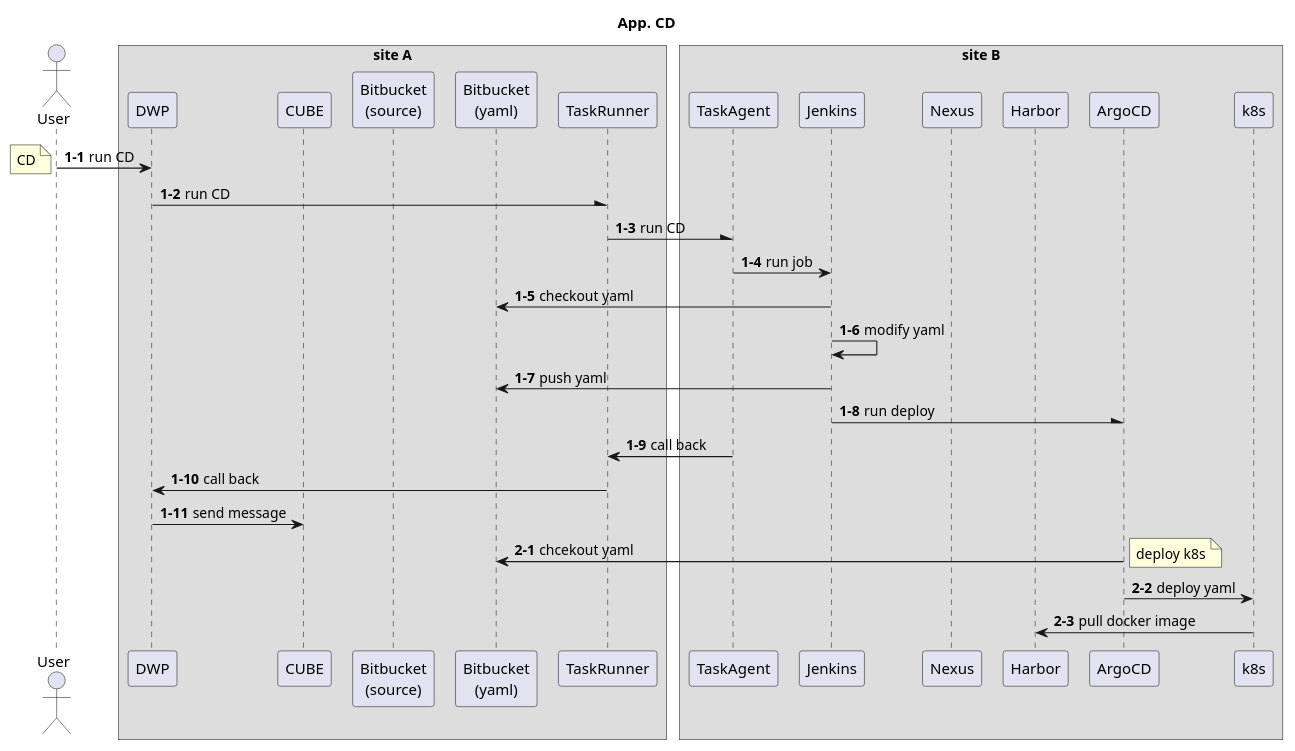
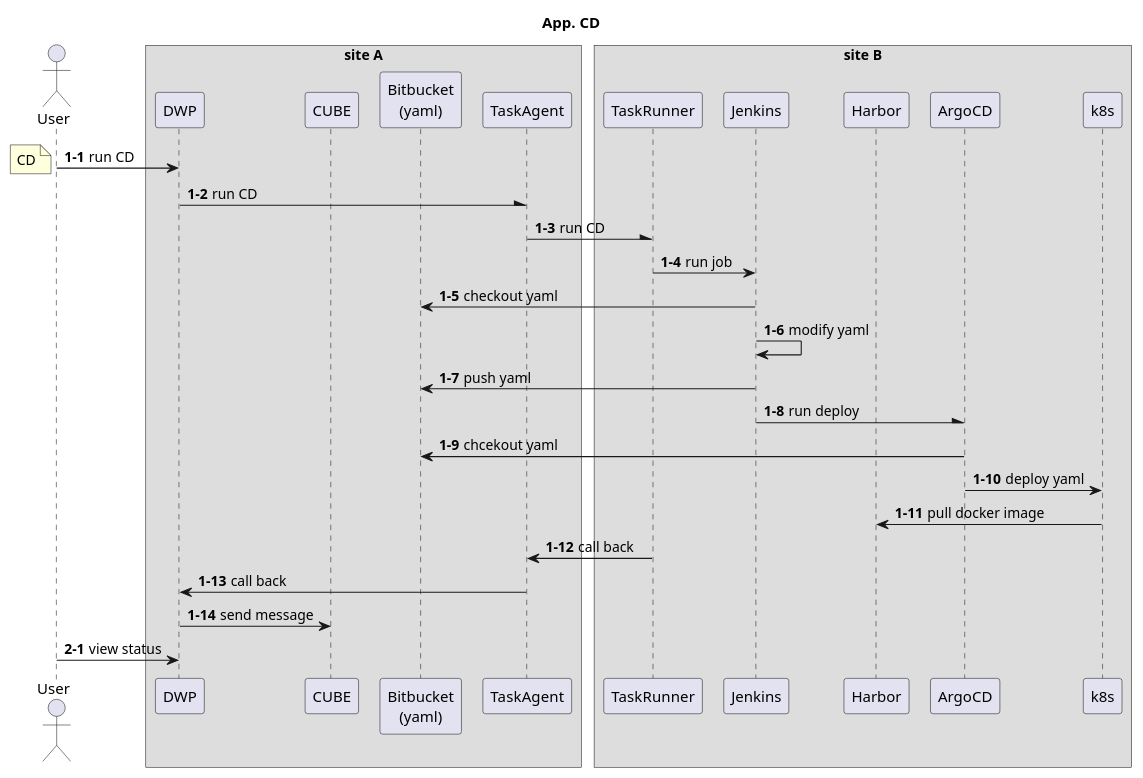
The seventh of 7 diagrams in docs/src/multi-cloud/diagram.md (kloudbank/htdp1.github.io), drawn with PlantUML before and after one commit. The commit also changed other lines of this file, not shown here.

```diff
--- a/docs/src/multi-cloud/diagram.md
+++ b/docs/src/multi-cloud/diagram.md
@@ -203,45 +208,43 @@
 @startuml
 
 scale 1
 skinparam ParticipantPadding 5
 skinparam BoxPadding 5
 title "App. CD"
 
 actor User
 box "site A"
 participant DWP
 participant CUBE
-participant "Bitbucket\n(source)" as source
 participant "Bitbucket\n(yaml)" as yaml
-participant TaskRunner
+participant TaskAgent
 end box
 box "site B"
-participant TaskAgent
+participant TaskRunner
 participant Jenkins
-participant Nexus
 participant Harbor
 participant ArgoCD
 participant k8s
 end box
 
 autonumber 1-1
 User -> DWP : run CD
 note left : CD
-DWP -\ TaskRunner : run CD
-TaskRunner -\ TaskAgent : run CD
-TaskAgent -> Jenkins : run job
+DWP -\ TaskAgent : run CD
+TaskAgent -\ TaskRunner : run CD
+TaskRunner -> Jenkins : run job
 Jenkins -> yaml : checkout yaml
 Jenkins -> Jenkins : modify yaml
 Jenkins -> yaml : push yaml
 Jenkins -\ ArgoCD : run deploy
-TaskAgent -> TaskRunner : call back
-TaskRunner -> DWP : call back
+ArgoCD -> yaml : chcekout yaml
+ArgoCD -> k8s : deploy yaml
+k8s -> Harbor : pull docker image
+TaskRunner -> TaskAgent : call back
+TaskAgent -> DWP : call back
 DWP -> CUBE : send message
 
 autonumber 2-1
-ArgoCD -> yaml : chcekout yaml
-note right : deploy k8s
-ArgoCD -> k8s : deploy yaml
-k8s -> Harbor : pull docker image
+User -> DWP : view status
 
 @enduml
```
